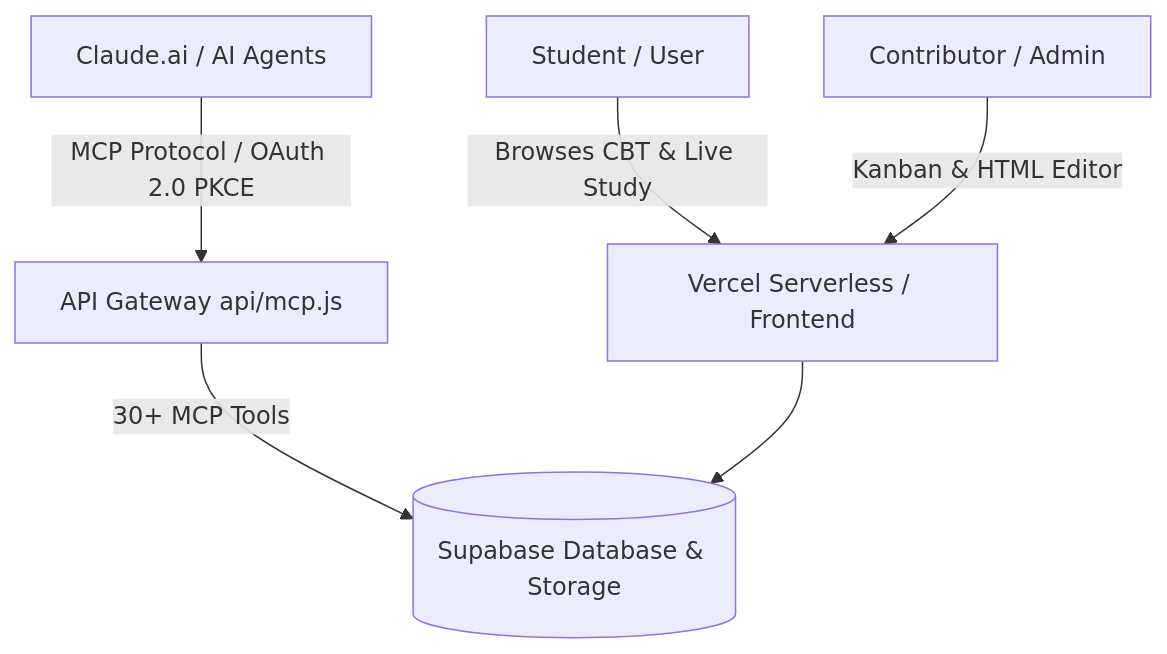
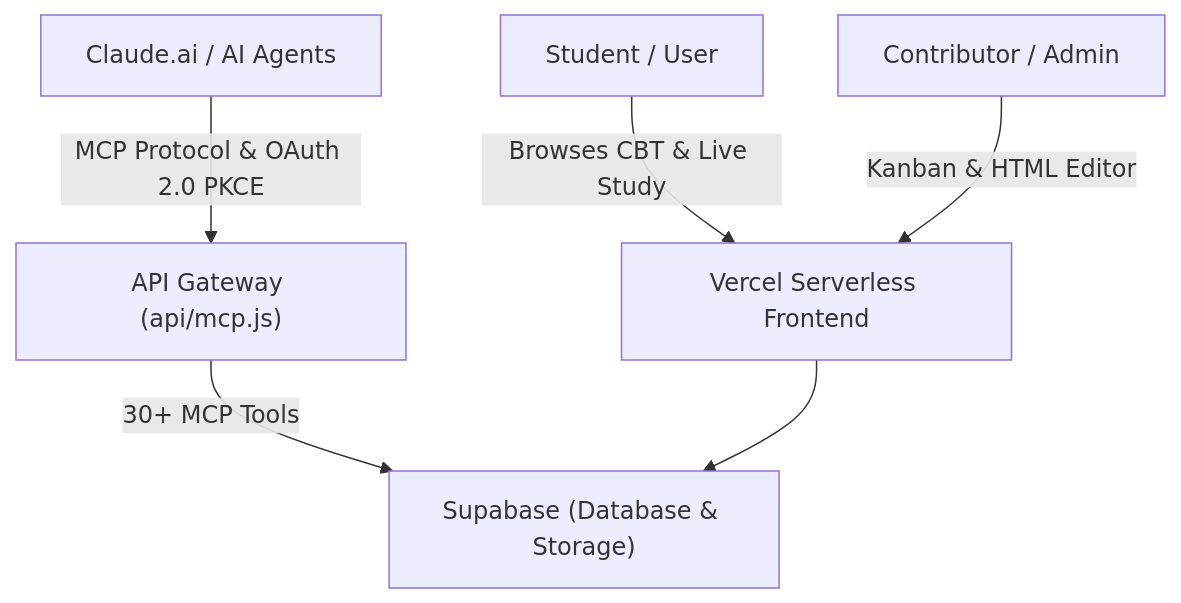
One commit to alchemist4real/174 changed the diagram in README.md. Above: the diagram before and after it, drawn with Mermaid. The commit also changed 2 other files, not shown here.

Commit message:
fix(readme): fix svg ascii multi-line tspan & mermaid diagram syntax

````diff
--- a/README.md
+++ b/README.md
@@ -88,8 +88,8 @@
 ```mermaid
 graph TD
-    A[Student / User] -->|Browses CBT & Live Study| B[Vercel Serverless / Frontend]
-    C[Contributor / Admin] -->|Kanban & HTML Editor| B
-    D[Claude.ai / AI Agents] -->|MCP Protocol / OAuth 2.0 PKCE| E[API Gateway api/mcp.js]
-    E -->|30+ MCP Tools| F[(Supabase Database & Storage)]
+    A["Student / User"] -->|"Browses CBT & Live Study"| B["Vercel Serverless Frontend"]
+    C["Contributor / Admin"] -->|"Kanban & HTML Editor"| B
+    D["Claude.ai / AI Agents"] -->|"MCP Protocol & OAuth 2.0 PKCE"| E["API Gateway (api/mcp.js)"]
+    E -->|"30+ MCP Tools"| F["Supabase (Database & Storage)"]
     B --> F
 ```
````
